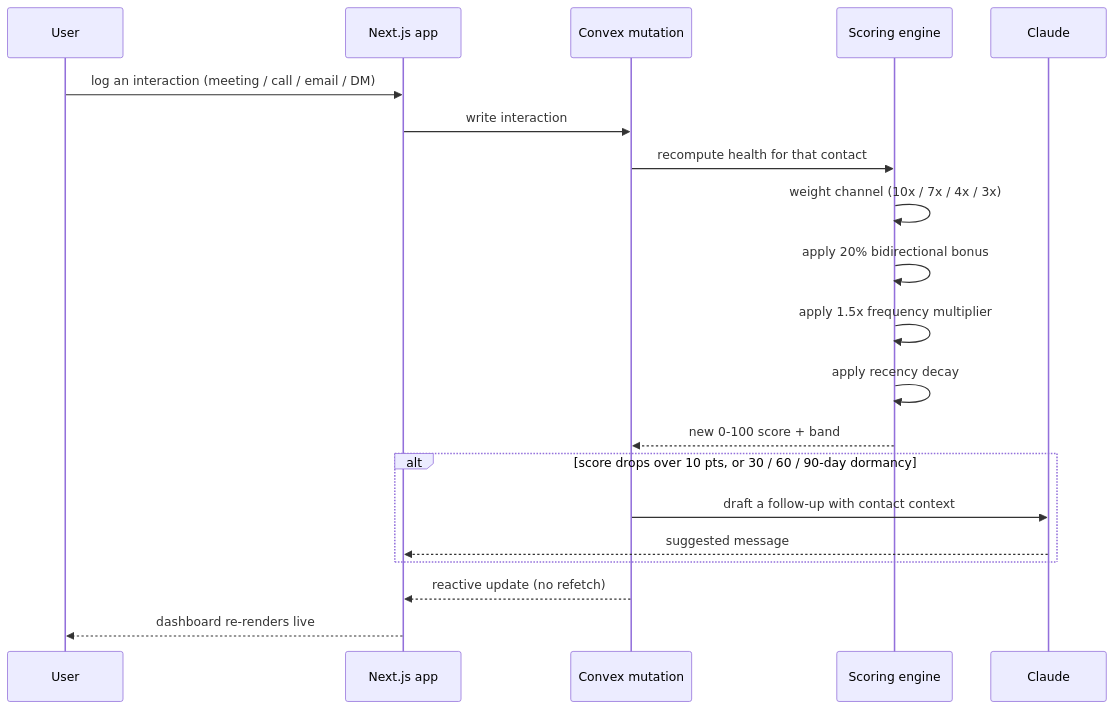
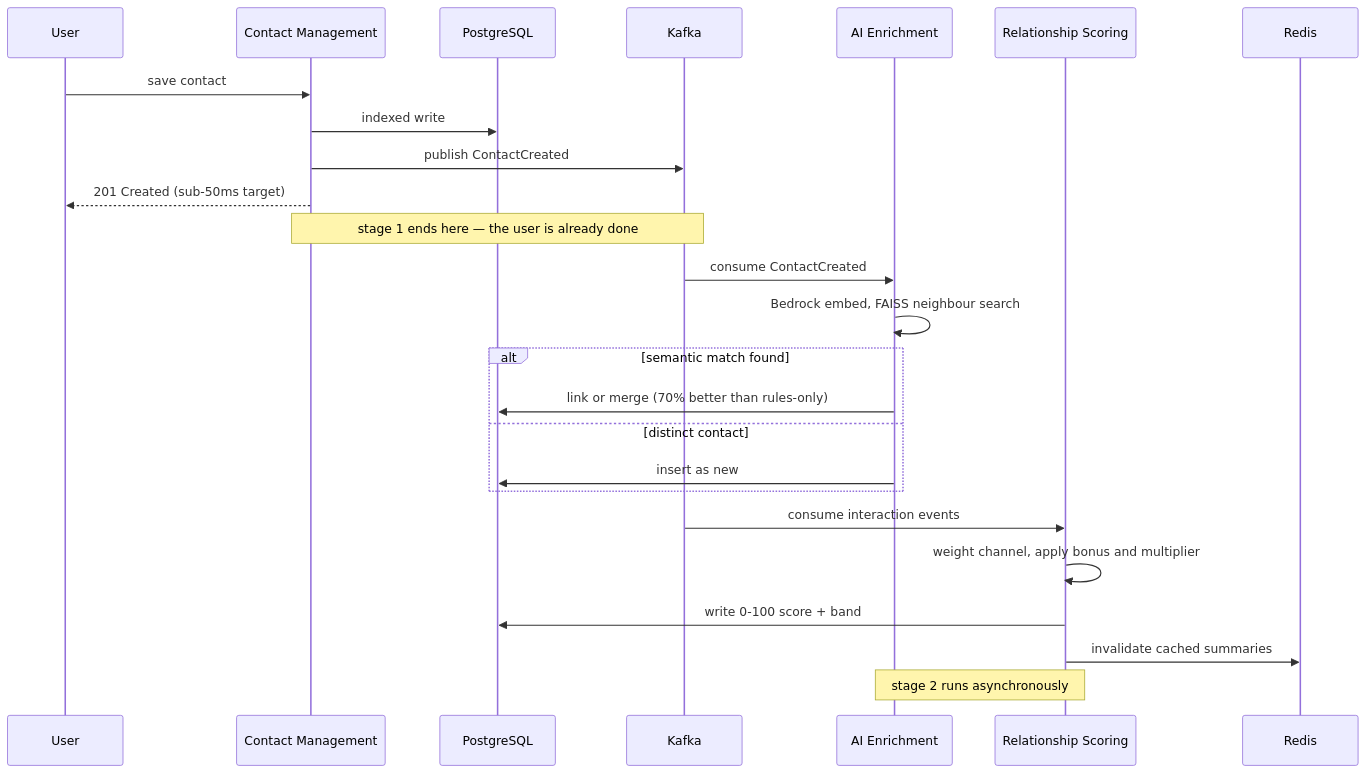
The second of 3 diagrams in README.md (Brijesh03032001/Nexus), drawn with Mermaid before and after one commit. The commit also changed other lines of this file, not shown here.

First line of the commit message:
Describe the full Spring Boot and Kafka architecture

````diff
--- a/README.md
+++ b/README.md
@@ -63,23 +73,30 @@
 ```mermaid
 sequenceDiagram
     participant U as User
-    participant A as Next.js app
-    participant C as Convex mutation
-    participant S as Scoring engine
-    participant L as Claude
+    participant C as Contact Management
+    participant P as PostgreSQL
+    participant K as Kafka
+    participant E as AI Enrichment
+    participant S as Relationship Scoring
+    participant R as Redis
 
-    U->>A: log an interaction (meeting / call / email / DM)
-    A->>C: write interaction
-    C->>S: recompute health for that contact
-    S->>S: weight channel (10x / 7x / 4x / 3x)
-    S->>S: apply 20% bidirectional bonus
-    S->>S: apply 1.5x frequency multiplier
-    S->>S: apply recency decay
-    S-->>C: new 0-100 score + band
-    alt score drops over 10 pts, or 30 / 60 / 90-day dormancy
-        C->>L: draft a follow-up with contact context
-        L-->>A: suggested message
+    U->>C: save contact
+    C->>P: indexed write
+    C->>K: publish ContactCreated
+    C-->>U: 201 Created (sub-50ms target)
+    Note over C,K: stage 1 ends here — the user is already done
+
+    K->>E: consume ContactCreated
+    E->>E: Bedrock embed, FAISS neighbour search
+    alt semantic match found
+        E->>P: link or merge (70% better than rules-only)
+    else distinct contact
+        E->>P: insert as new
     end
-    C-->>A: reactive update (no refetch)
-    A-->>U: dashboard re-renders live
+
+    K->>S: consume interaction events
+    S->>S: weight channel, apply bonus and multiplier
+    S->>P: write 0-100 score + band
+    S->>R: invalidate cached summaries
+    Note over E,S: stage 2 runs asynchronously
 ```
````
